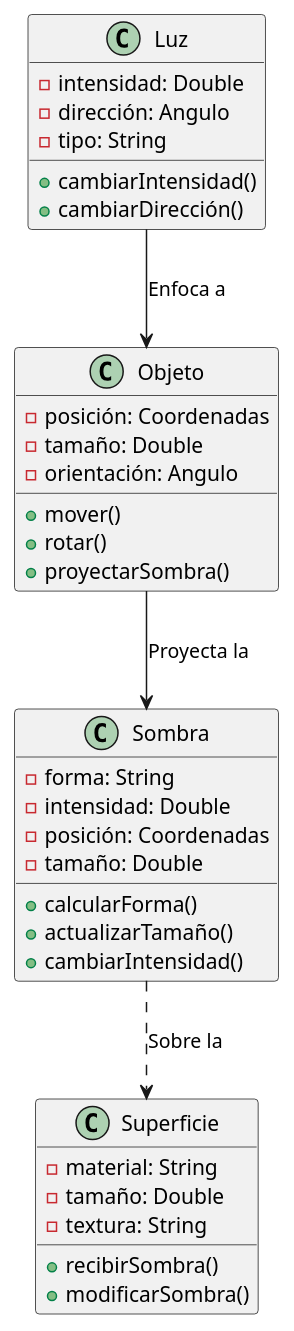
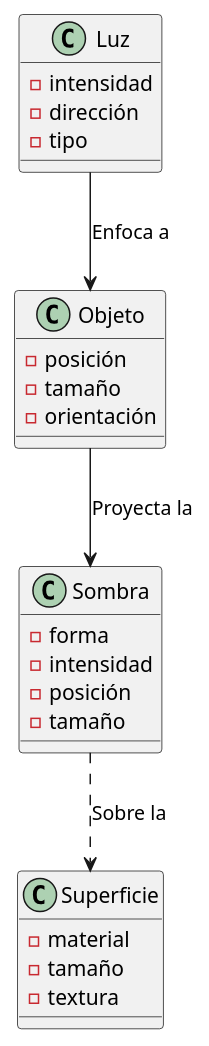
One commit to mmasias/24-25-IdSw1 changed the diagram in entregas/ejercicio 2 Modular Sombra/Sombra.puml. Above: the diagram before and after it, drawn with PlantUML.

Commit message:
Update Sombra.puml
Quitada información de más en el puml

```diff
--- a/entregas/ejercicio 2 Modular Sombra/Sombra.puml
+++ b/entregas/ejercicio 2 Modular Sombra/Sombra.puml
@@ -1,41 +1,31 @@
 @startuml
 
 class Sombra {
-  - forma: String
-  - intensidad: Double
-  - posición: Coordenadas
-  - tamaño: Double
-  + calcularForma()
-  + actualizarTamaño()
-  + cambiarIntensidad()
+  - forma
+  - intensidad
+  - posición
+  - tamaño
 }
 
 class Objeto {
-  - posición: Coordenadas
-  - tamaño: Double
-  - orientación: Angulo
-  + mover()
-  + rotar()
-  + proyectarSombra()
+  - posición
+  - tamaño
+  - orientación
 }
 
 class Luz {
-  - intensidad: Double
-  - dirección: Angulo
-  - tipo: String
-  + cambiarIntensidad()
-  + cambiarDirección()
+  - intensidad
+  - dirección
+  - tipo
 }
 
 class Superficie {
-  - material: String
-  - tamaño: Double
-  - textura: String
-  + recibirSombra()
-  + modificarSombra()
+  - material
+  - tamaño
+  - textura
 }
 
 Luz --> Objeto: Enfoca a
 Objeto --> Sombra: Proyecta la
 Sombra ..> Superficie : Sobre la
 @enduml
```
